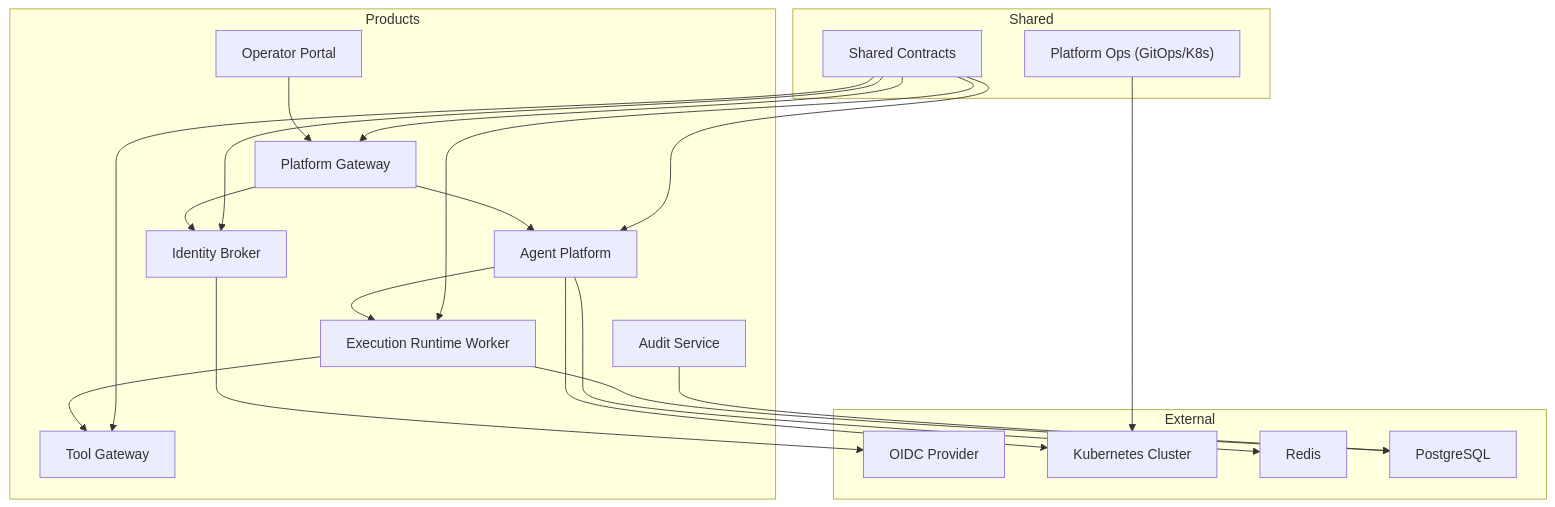
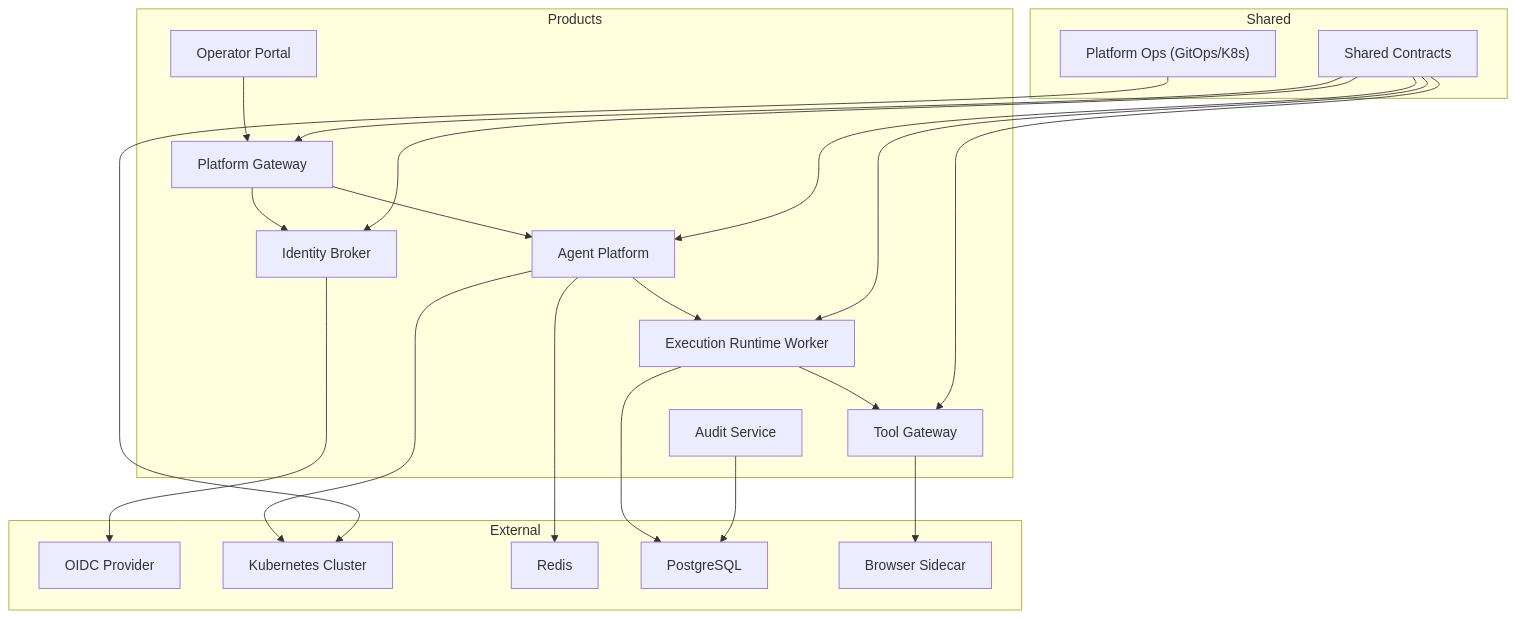
One commit to metasync/luban-aiops changed the first of 11 diagrams in .qoder/repowiki/en/content/Architecture Documentation/Architecture Documentation.md. Above: the diagram before and after it, drawn with Mermaid. The commit also changed other lines of this file and 35 other files, not shown here.

````diff
--- a/.qoder/repowiki/en/content/Architecture Documentation/Architecture Documentation.md
+++ b/.qoder/repowiki/en/content/Architecture Documentation/Architecture Documentation.md
@@ -131,38 +138,40 @@
 ```mermaid
 graph TB
 subgraph "Products"
 PG["Platform Gateway"]
 TG["Tool Gateway"]
 ERW["Execution Runtime Worker"]
 AP["Agent Platform"]
 IB["Identity Broker"]
 OP["Operator Portal"]
 AS["Audit Service"]
 end
 subgraph "Shared"
 SC["Shared Contracts"]
 OPS["Platform Ops (GitOps/K8s)"]
 end
 subgraph "External"
 OIDC["OIDC Provider"]
 K8S["Kubernetes Cluster"]
 REDIS["Redis"]
 POSTGRES["PostgreSQL"]
+BROWSER["Browser Sidecar"]
 end
 OP --> PG
 PG --> AP
 PG --> IB
 AP --> ERW
 ERW --> TG
 ERW --> POSTGRES
 AP --> REDIS
 AP --> K8S
 IB --> OIDC
 OPS --> K8S
 SC --> PG
 SC --> TG
 SC --> AP
 SC --> IB
 SC --> ERW
 AS --> POSTGRES
+TG --> BROWSER
 ```
````
